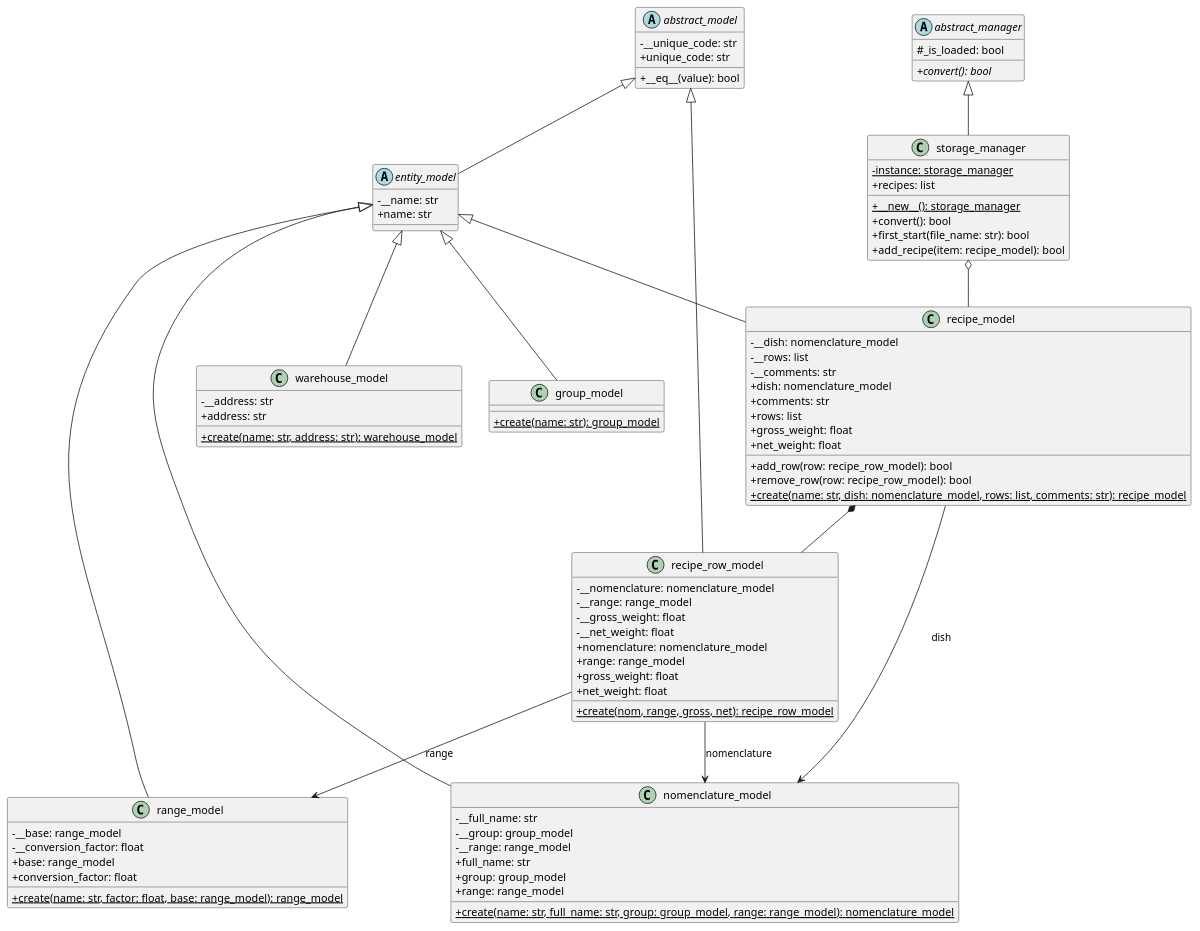
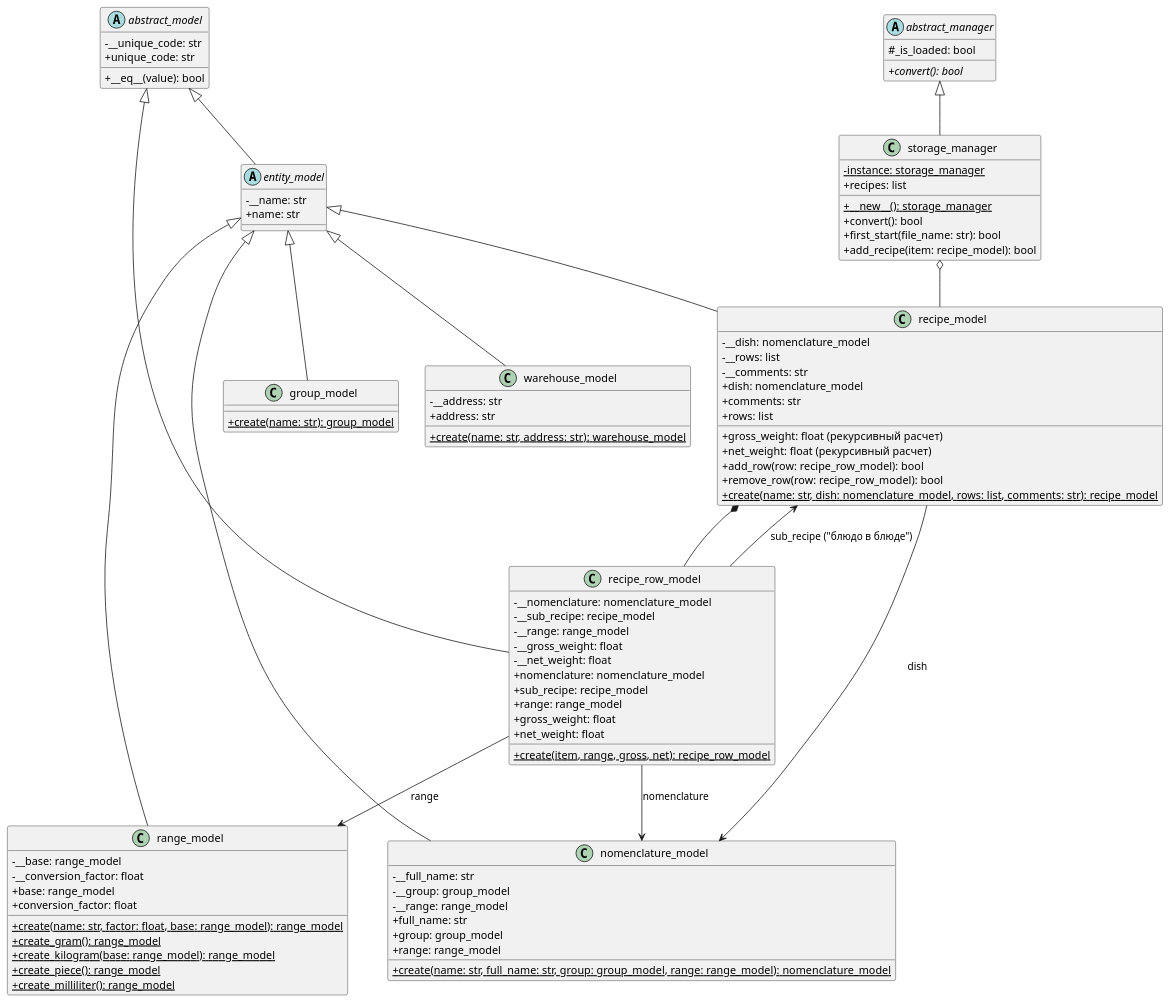
Before and after one commit to Hikaru-Hrn/Patterns2026_YM: the second of 4 diagrams in _docs/UML_diagrams.md, drawn with PlantUML. The commit also changed other lines of this file, not shown here.

Commit message:
updated UML

```diff
--- a/_docs/UML_diagrams.md
+++ b/_docs/UML_diagrams.md
@@ -184,6 +192,10 @@
     + base: range_model
     + conversion_factor: float
     + {static} create(name: str, factor: float, base: range_model): range_model
+    + {static} create_gram(): range_model
+    + {static} create_kilogram(base: range_model): range_model
+    + {static} create_piece(): range_model
+    + {static} create_milliliter(): range_model
 }
 
 class warehouse_model {
@@ -204,14 +216,16 @@
 
 class recipe_row_model {
     - __nomenclature: nomenclature_model
+    - __sub_recipe: recipe_model
     - __range: range_model
     - __gross_weight: float
     - __net_weight: float
     + nomenclature: nomenclature_model
+    + sub_recipe: recipe_model
     + range: range_model
     + gross_weight: float
     + net_weight: float
-    + {static} create(nom, range, gross, net): recipe_row_model
+    + {static} create(item, range, gross, net): recipe_row_model
 }
 
 class recipe_model {
@@ -221,8 +235,8 @@
     + dish: nomenclature_model
     + comments: str
     + rows: list
-    + gross_weight: float
-    + net_weight: float
+    + gross_weight: float (рекурсивный расчет)
+    + net_weight: float (рекурсивный расчет)
     + add_row(row: recipe_row_model): bool
     + remove_row(row: recipe_row_model): bool
     + {static} create(name: str, dish: nomenclature_model, rows: list, comments: str): recipe_model
@@ -255,6 +269,7 @@
 recipe_model *-- recipe_row_model
 recipe_model --> nomenclature_model : dish
 recipe_row_model --> nomenclature_model : nomenclature
+recipe_row_model --> recipe_model : sub_recipe ("блюдо в блюде")
 recipe_row_model --> range_model : range
 storage_manager o-- recipe_model
 @enduml
```
